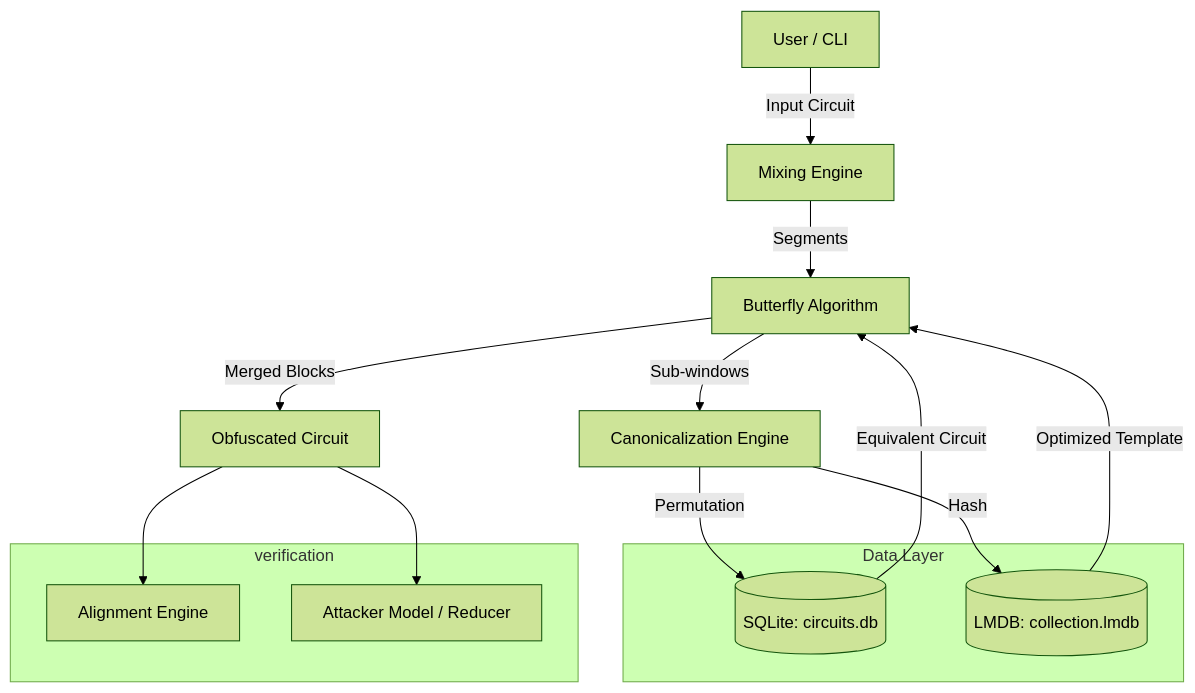
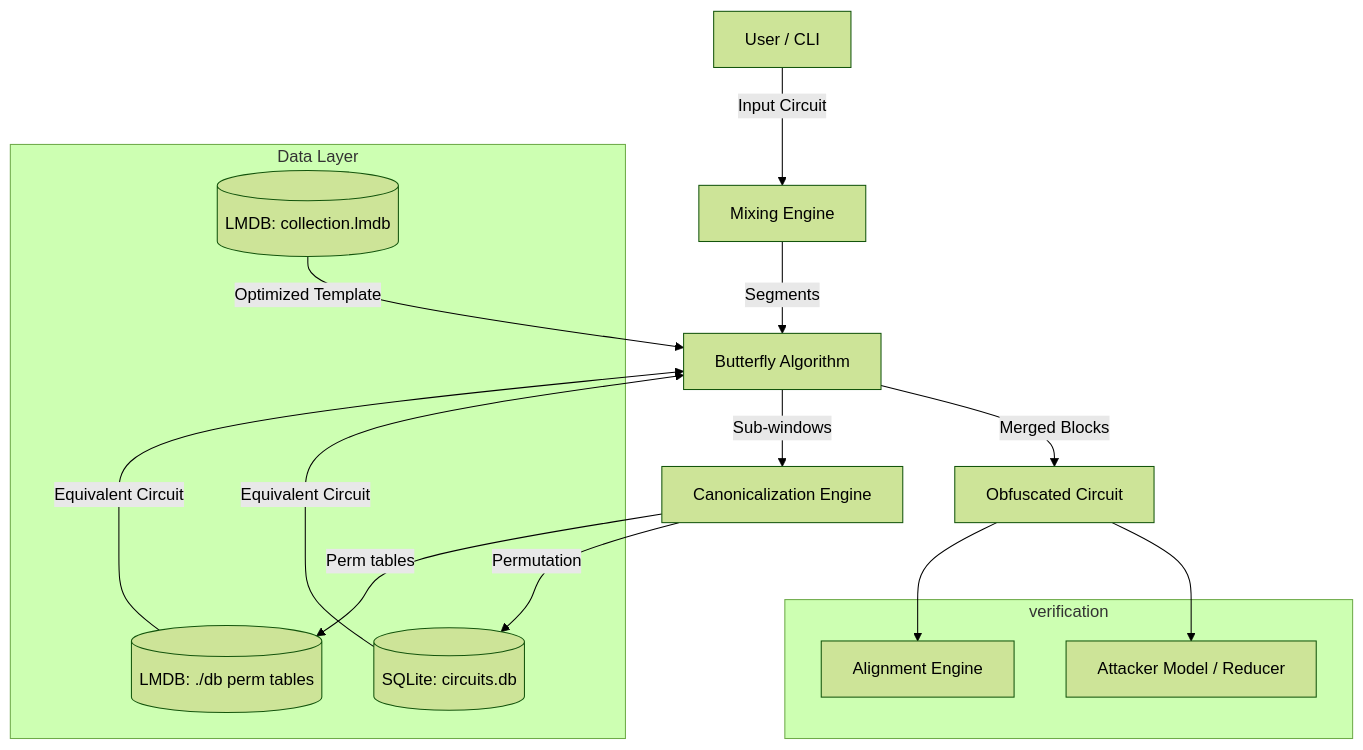
One commit to egementunca/local_mixing changed the diagram in docs/ARCHITECTURE.md. Above: the diagram before and after it, drawn with Mermaid (forest theme). The commit also changed other lines of this file and 12 other files, not shown here.

````diff
--- a/docs/ARCHITECTURE.md
+++ b/docs/ARCHITECTURE.md
@@ -12,27 +14,29 @@
 ```mermaid
 graph TD
     User[User / CLI] -->|Input Circuit| Mixer[Mixing Engine]
     Mixer -->|Segments| Butterfly[Butterfly Algorithm]
     
-    subgraph "Data Layer"
+subgraph "Data Layer"
         SQLite[(SQLite: circuits.db)]
-        LMDB[(LMDB: collection.lmdb)]
+        LMDBPerm[(LMDB: ./db perm tables)]
+        LMDBTpl[(LMDB: collection.lmdb)]
     end
     
     Butterfly -->|Sub-windows| Canonicalizer[Canonicalization Engine]
-    Canonicalizer -->|Hash| LMDB
+    Canonicalizer -->|Perm tables| LMDBPerm
     Canonicalizer -->|Permutation| SQLite
     
-    LMDB -->|Optimized Template| Butterfly
+    LMDBTpl -->|Optimized Template| Butterfly
+    LMDBPerm -->|Equivalent Circuit| Butterfly
     SQLite -->|Equivalent Circuit| Butterfly
     
     Butterfly -->|Merged Blocks| Final[Obfuscated Circuit]
     
     subgraph "verification"
         Alignment[Alignment Engine]
         Reducer[Attacker Model / Reducer]
     end
     
     Final --> Alignment
     Final --> Reducer
 ```
````
